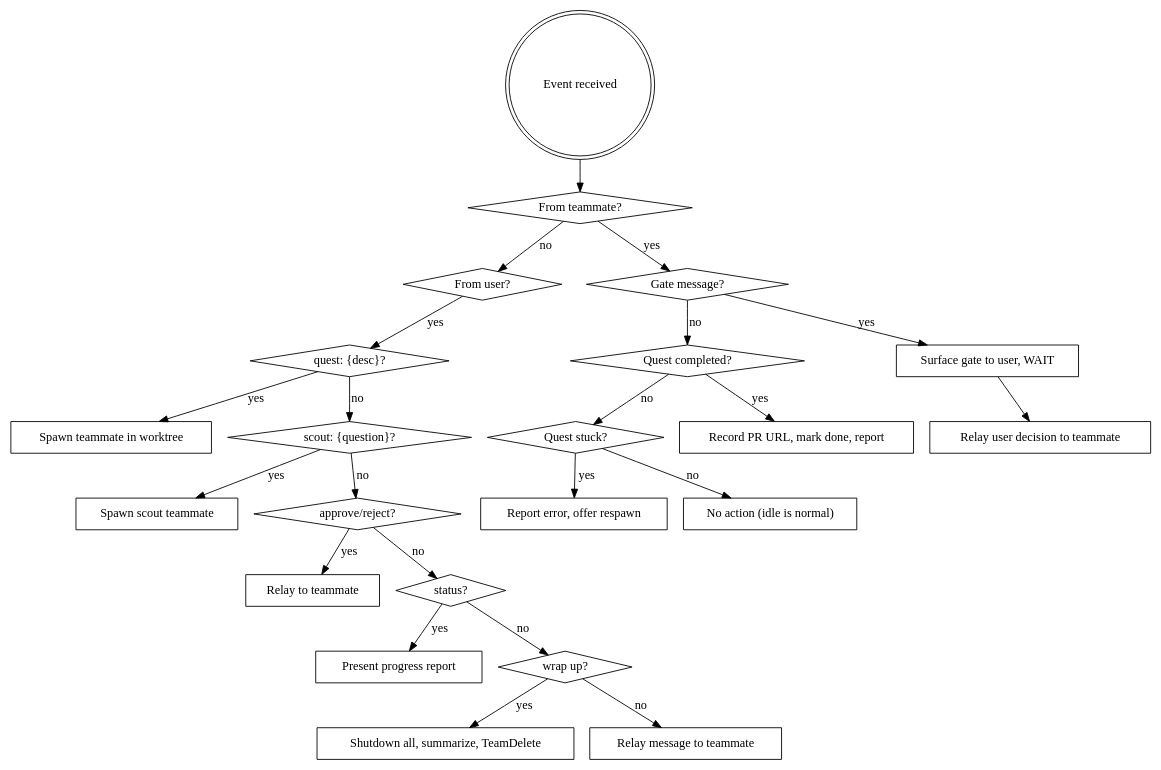
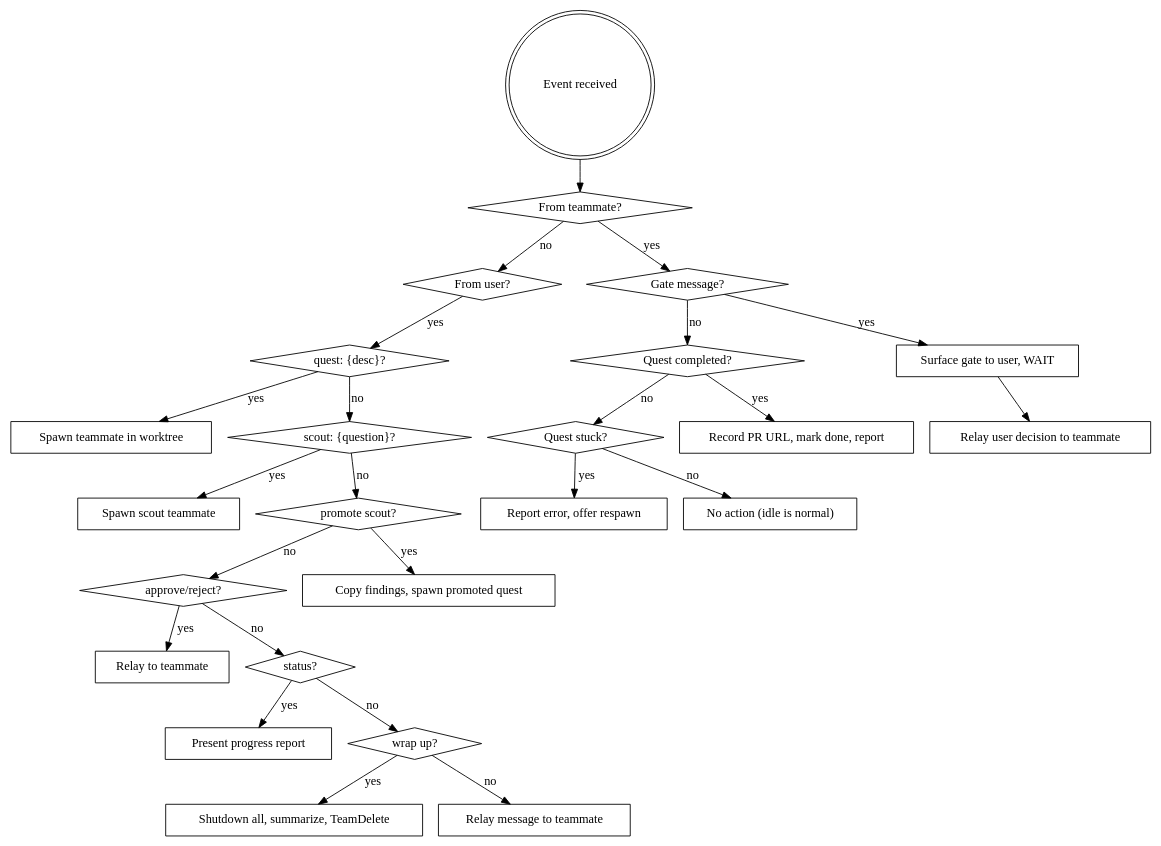
The diagram in plugin/skills/fellowship/resources/lead-behavior.md (justinjdev/fellowship), drawn with Graphviz before and after one commit. The commit also changed other lines of this file, not shown here.

Commit message:
feat: add scout-to-quest promotion protocol to Gandalf

````diff
--- a/plugin/skills/fellowship/resources/lead-behavior.md
+++ b/plugin/skills/fellowship/resources/lead-behavior.md
@@ -3,48 +3,53 @@
 ```dot
 digraph gandalf {
     "Event received" [shape=doublecircle];
     "From teammate?" [shape=diamond];
     "From user?" [shape=diamond];
     "Gate message?" [shape=diamond];
     "Quest completed?" [shape=diamond];
     "Quest stuck?" [shape=diamond];
     "Surface gate to user, WAIT" [shape=box];
     "Relay user decision to teammate" [shape=box];
     "Record PR URL, mark done, report" [shape=box];
     "Report error, offer respawn" [shape=box];
     "No action (idle is normal)" [shape=box];
     "quest: {desc}?" [shape=diamond];
     "Spawn teammate in worktree" [shape=box];
     "scout: {question}?" [shape=diamond];
     "Spawn scout teammate" [shape=box];
     "approve/reject?" [shape=diamond];
     "Relay to teammate" [shape=box];
     "status?" [shape=diamond];
     "Present progress report" [shape=box];
     "wrap up?" [shape=diamond];
     "Shutdown all, summarize, TeamDelete" [shape=box];
     "Relay message to teammate" [shape=box];
 
     "Event received" -> "From teammate?";
     "From teammate?" -> "Gate message?" [label="yes"];
     "From teammate?" -> "From user?" [label="no"];
     "Gate message?" -> "Surface gate to user, WAIT" [label="yes"];
     "Surface gate to user, WAIT" -> "Relay user decision to teammate";
     "Gate message?" -> "Quest completed?" [label="no"];
     "Quest completed?" -> "Record PR URL, mark done, report" [label="yes"];
     "Quest completed?" -> "Quest stuck?" [label="no"];
     "Quest stuck?" -> "Report error, offer respawn" [label="yes"];
     "Quest stuck?" -> "No action (idle is normal)" [label="no"];
     "From user?" -> "quest: {desc}?" [label="yes"];
     "quest: {desc}?" -> "Spawn teammate in worktree" [label="yes"];
     "quest: {desc}?" -> "scout: {question}?" [label="no"];
     "scout: {question}?" -> "Spawn scout teammate" [label="yes"];
-    "scout: {question}?" -> "approve/reject?" [label="no"];
+    "promote scout?" [shape=diamond];
+    "Copy findings, spawn promoted quest" [shape=box];
+
+    "scout: {question}?" -> "promote scout?" [label="no"];
+    "promote scout?" -> "Copy findings, spawn promoted quest" [label="yes"];
+    "promote scout?" -> "approve/reject?" [label="no"];
     "approve/reject?" -> "Relay to teammate" [label="yes"];
     "approve/reject?" -> "status?" [label="no"];
     "status?" -> "Present progress report" [label="yes"];
     "status?" -> "wrap up?" [label="no"];
     "wrap up?" -> "Shutdown all, summarize, TeamDelete" [label="yes"];
     "wrap up?" -> "Relay message to teammate" [label="no"];
 }
 ```
````
